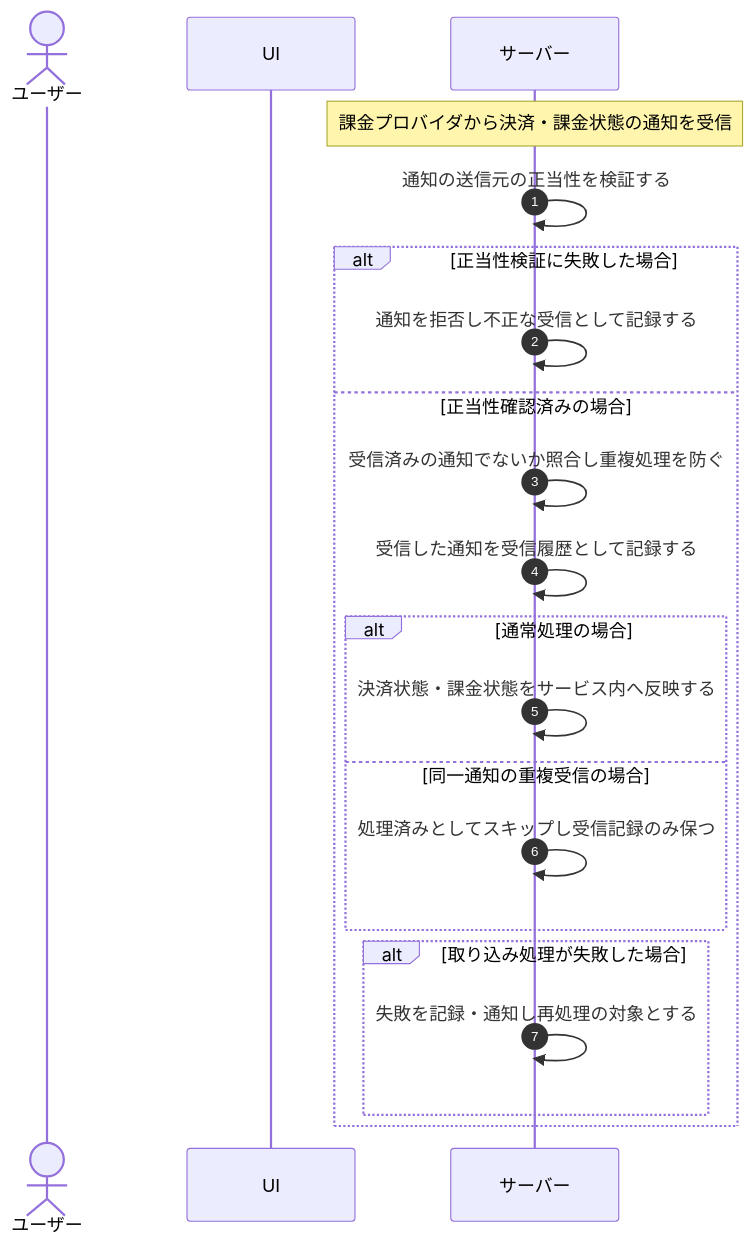
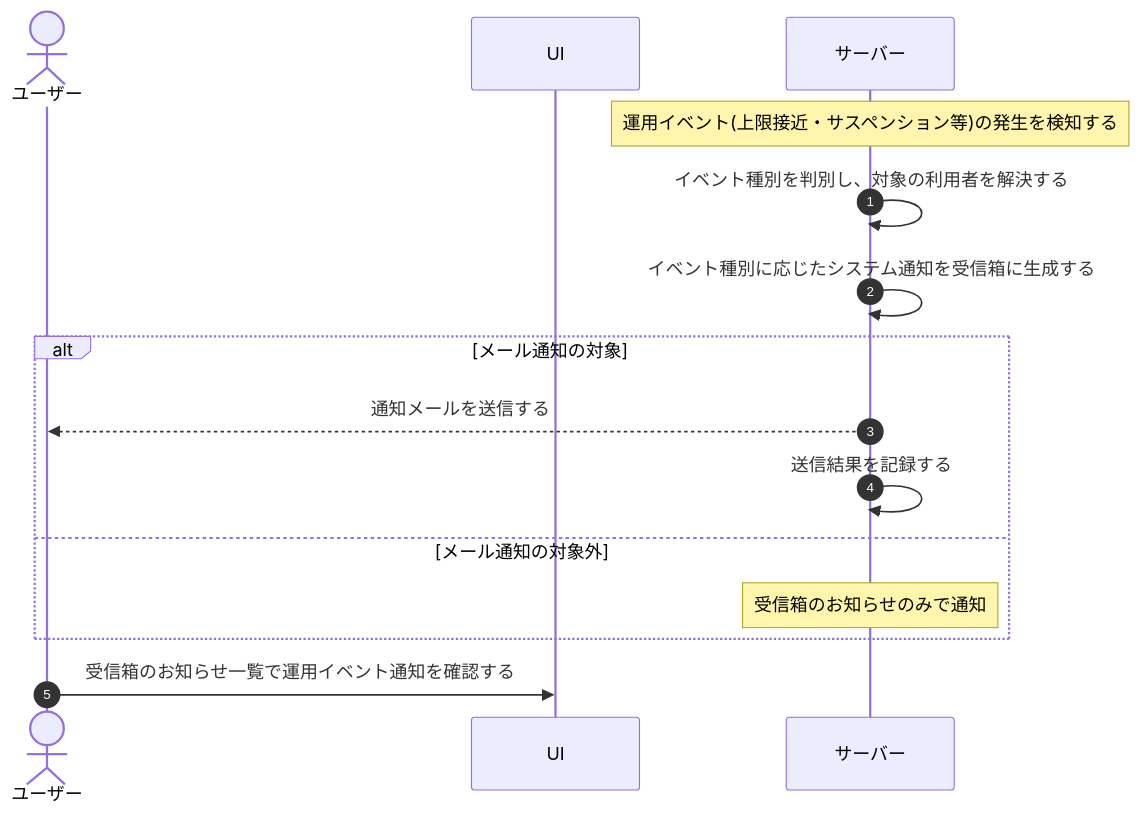
The diagram in 01_requirements/04_business_usecases/UC-060.md (sikakou54/open-faq), drawn with Mermaid before and after one commit. The commit also changed other lines of this file and 395 other files, not shown here.

````diff
--- a/01_requirements/04_business_usecases/UC-060.md
+++ b/01_requirements/04_business_usecases/UC-060.md
@@ -26,27 +27,18 @@
 ```mermaid
 sequenceDiagram
   autonumber
   actor U as ユーザー
   participant UI as UI
   participant S as サーバー
 
-  Note over S: 課金プロバイダから決済・課金状態の通知を受信
-  S->>S: 通知の送信元の正当性を検証する
-
-  alt 正当性検証に失敗した場合
-    S->>S: 通知を拒否し不正な受信として記録する
-  else 正当性確認済みの場合
-    S->>S: 受信済みの通知でないか照合し重複処理を防ぐ
-    S->>S: 受信した通知を受信履歴として記録する
-
-    alt 通常処理の場合
-      S->>S: 決済状態・課金状態をサービス内へ反映する
-    else 同一通知の重複受信の場合
-      S->>S: 処理済みとしてスキップし受信記録のみ保つ
-    end
-
-    alt 取り込み処理が失敗した場合
-      S->>S: 失敗を記録・通知し再処理の対象とする
-    end
+  Note over S: 運用イベント(上限接近・サスペンション等)の発生を検知する
+  S->>S: イベント種別を判別し、対象の利用者を解決する
+  S->>S: イベント種別に応じたシステム通知を受信箱に生成する
+  alt メール通知の対象
+    S-->>U: 通知メールを送信する
+    S->>S: 送信結果を記録する
+  else メール通知の対象外
+    Note over S: 受信箱のお知らせのみで通知
   end
+  U->>UI: 受信箱のお知らせ一覧で運用イベント通知を確認する
 ```
````
